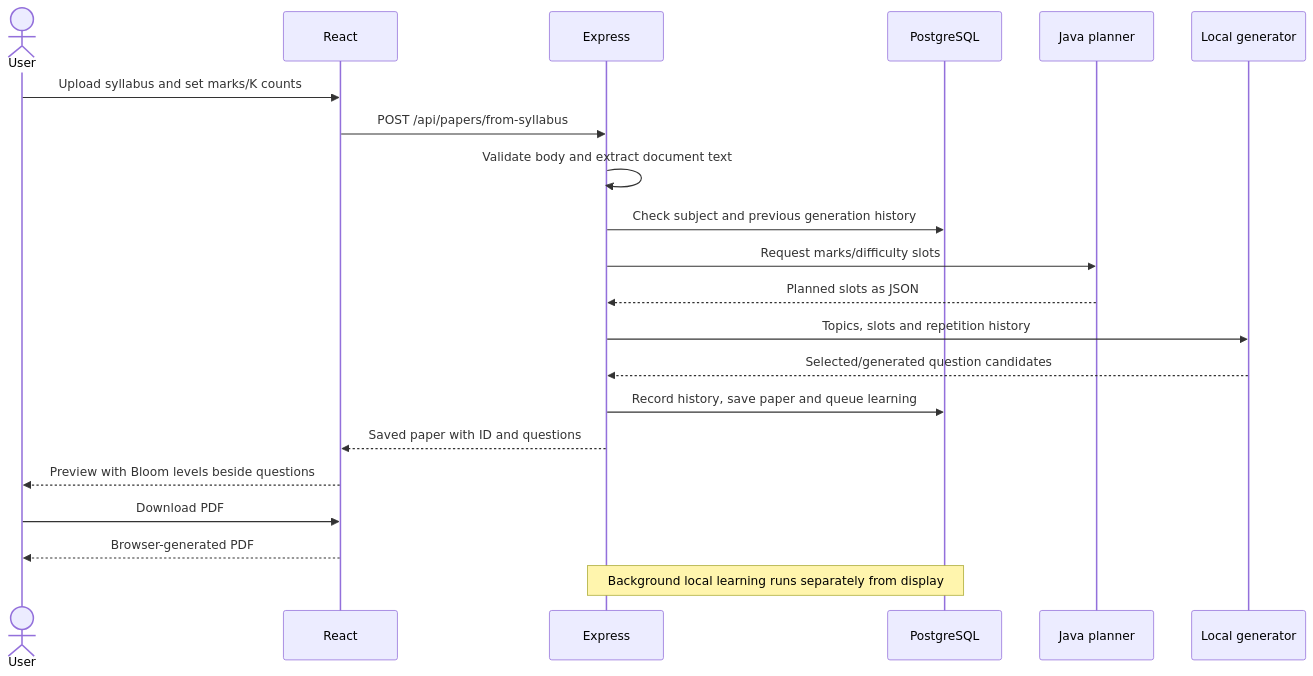
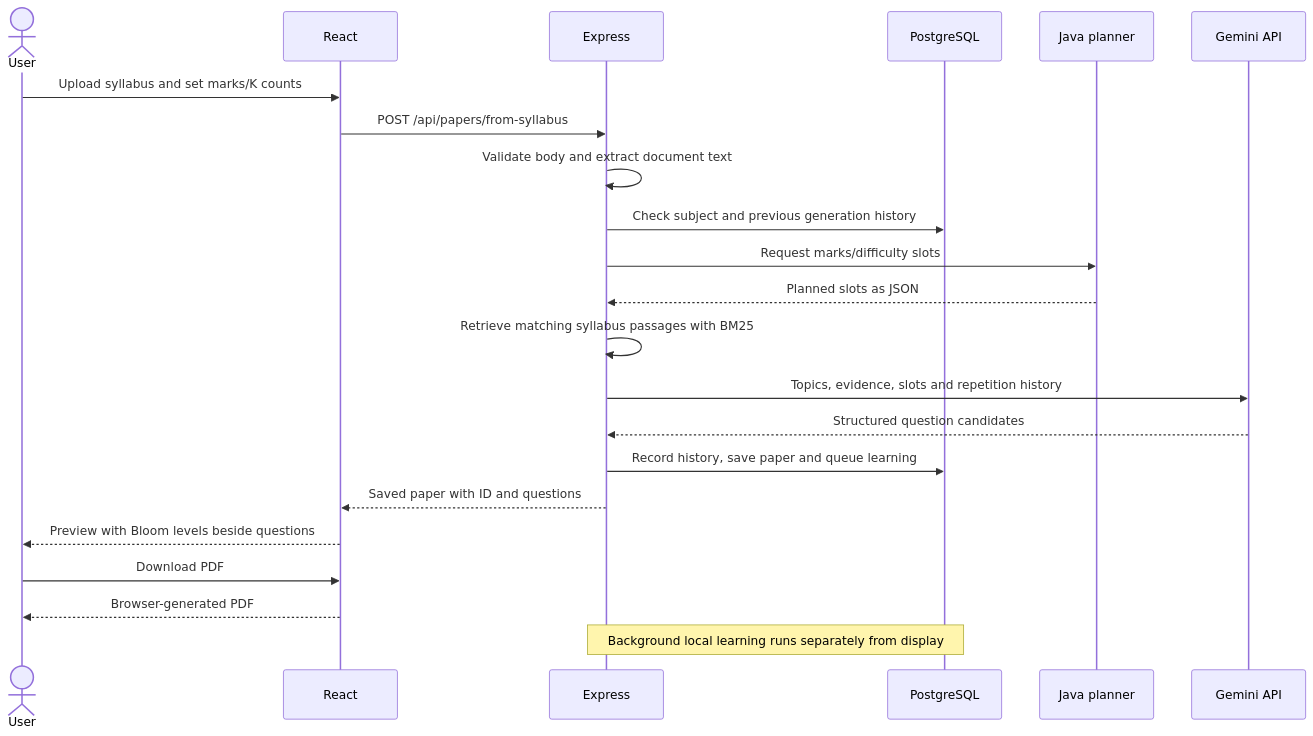
One commit to irfanshafi21/mini-project changed the fifth of 10 diagrams in README.md. Above: the diagram before and after it, drawn with Mermaid. The commit also changed other lines of this file and 10 other files, not shown here.

Commit message:
Use Gemini API for syllabus question generation

````diff
--- a/README.md
+++ b/README.md
@@ -277,23 +277,24 @@
 ```mermaid
 sequenceDiagram
   actor User
   participant UI as React
   participant API as Express
   participant DB as PostgreSQL
   participant Java as Java planner
-  participant ML as Local generator
+  participant AI as Gemini API
   User->>UI: Upload syllabus and set marks/K counts
   UI->>API: POST /api/papers/from-syllabus
   API->>API: Validate body and extract document text
   API->>DB: Check subject and previous generation history
   API->>Java: Request marks/difficulty slots
   Java-->>API: Planned slots as JSON
-  API->>ML: Topics, slots and repetition history
-  ML-->>API: Selected/generated question candidates
+  API->>API: Retrieve matching syllabus passages with BM25
+  API->>AI: Topics, evidence, slots and repetition history
+  AI-->>API: Structured question candidates
   API->>DB: Record history, save paper and queue learning
   API-->>UI: Saved paper with ID and questions
   UI-->>User: Preview with Bloom levels beside questions
   User->>UI: Download PDF
   UI-->>User: Browser-generated PDF
   Note over API,DB: Background local learning runs separately from display
 ```
````
